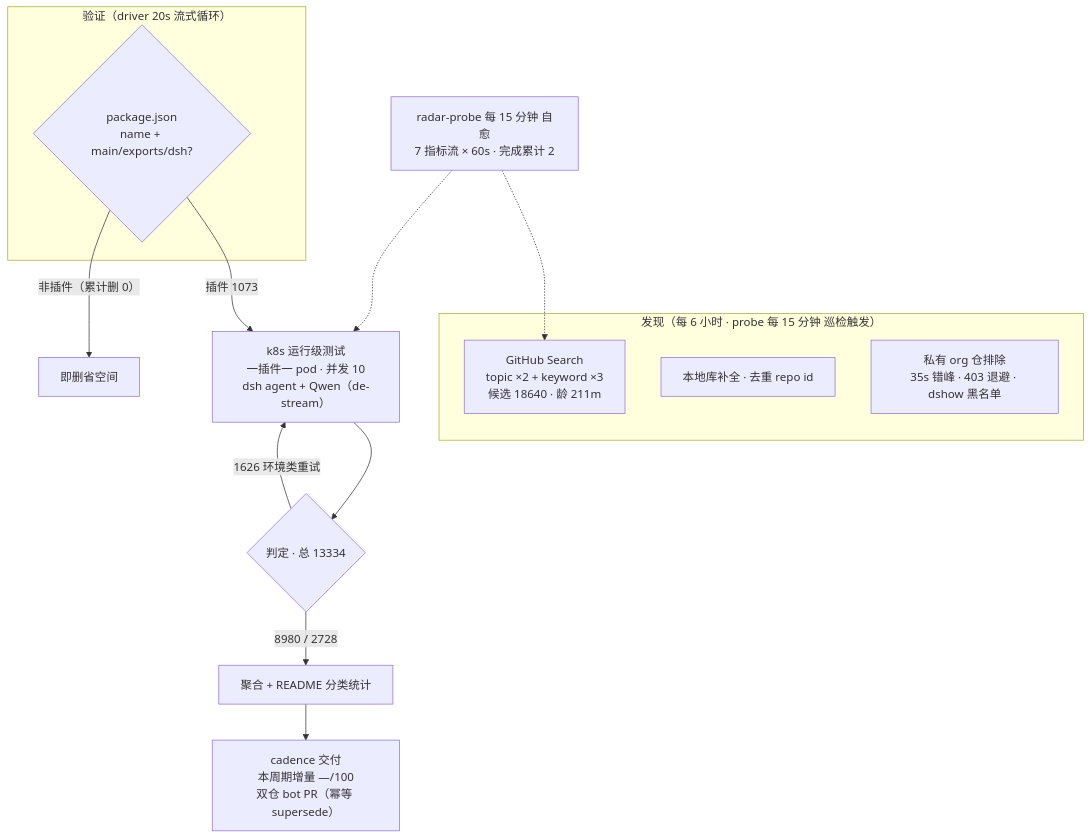
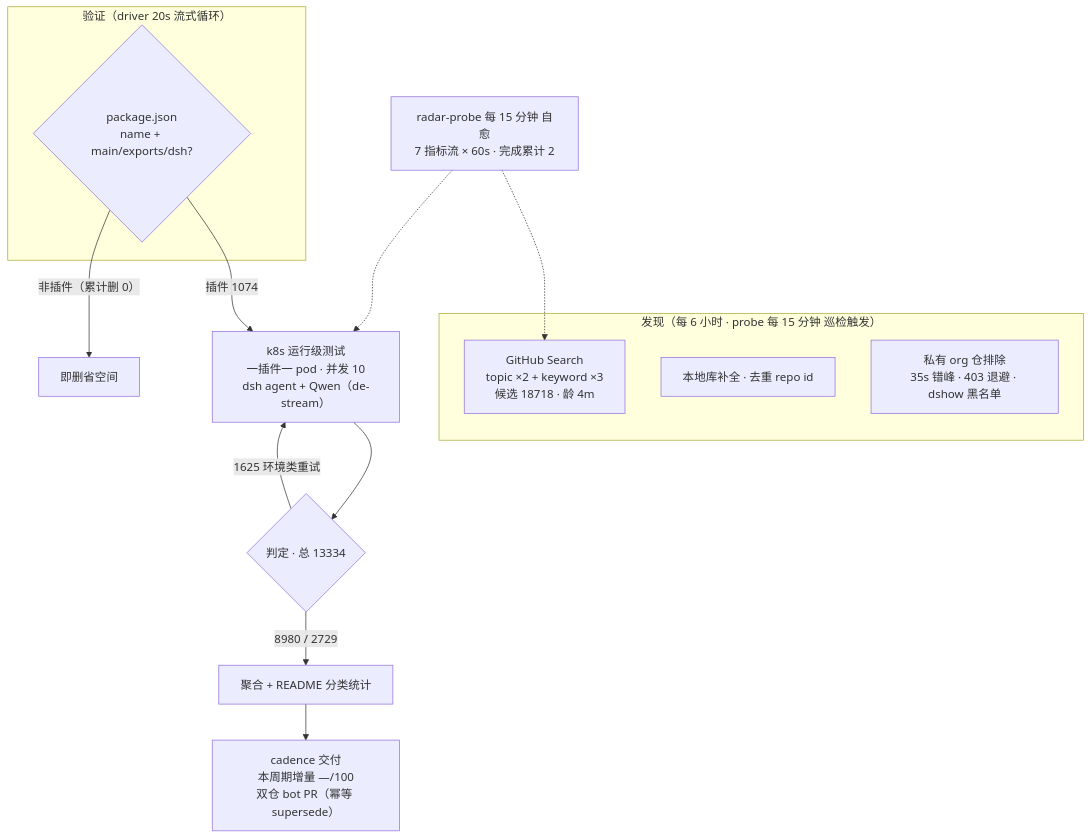
The diagram in README.md (AdamPlatin123/dsh-plugin-radar), drawn with Mermaid before and after one commit. The commit also changed other lines of this file and 15 other files, not shown here.

````diff
--- a/README.md
+++ b/README.md
@@ -52,20 +52,20 @@
 ```mermaid
 flowchart TB
     subgraph Discovery["发现（每 6 小时 · probe 每 15 分钟 巡检触发）"]
-        A1["GitHub Search<br/>topic ×2 + keyword ×3<br/>候选 18640 · 龄 211m"]
+        A1["GitHub Search<br/>topic ×2 + keyword ×3<br/>候选 18718 · 龄 4m"]
         A2["本地库补全 · 去重 repo id"]
         A3["私有 org 仓排除<br/>35s 错峰 · 403 退避 · dshow 黑名单"]
     end
     subgraph Validation["验证（driver 20s 流式循环）"]
         B1{"package.json<br/>name + main/exports/dsh?"}
     end
-    B1 -->|"插件 1073"| C1["k8s 运行级测试<br/>一插件一 pod · 并发 10<br/>dsh agent + Qwen（de-stream）"]
+    B1 -->|"插件 1074"| C1["k8s 运行级测试<br/>一插件一 pod · 并发 10<br/>dsh agent + Qwen（de-stream）"]
     B1 -->|"非插件（累计删 0）"| B3["即删省空间"]
     C1 --> D1{"判定 · 总 13334"}
-    D1 -->|"8980 / 2728"| E1["聚合 + README 分类统计"]
-    D1 -->|"1626 环境类重试"| C1
+    D1 -->|"8980 / 2729"| E1["聚合 + README 分类统计"]
+    D1 -->|"1625 环境类重试"| C1
     E1 --> E2["cadence 交付<br/>本周期增量 —/100<br/>双仓 bot PR（幂等 supersede）"]
     M["radar-probe 每 15 分钟 自愈<br/>7 指标流 × 60s · 完成累计 2"]
     M -.-> A1
     M -.-> C1
 ```
````
